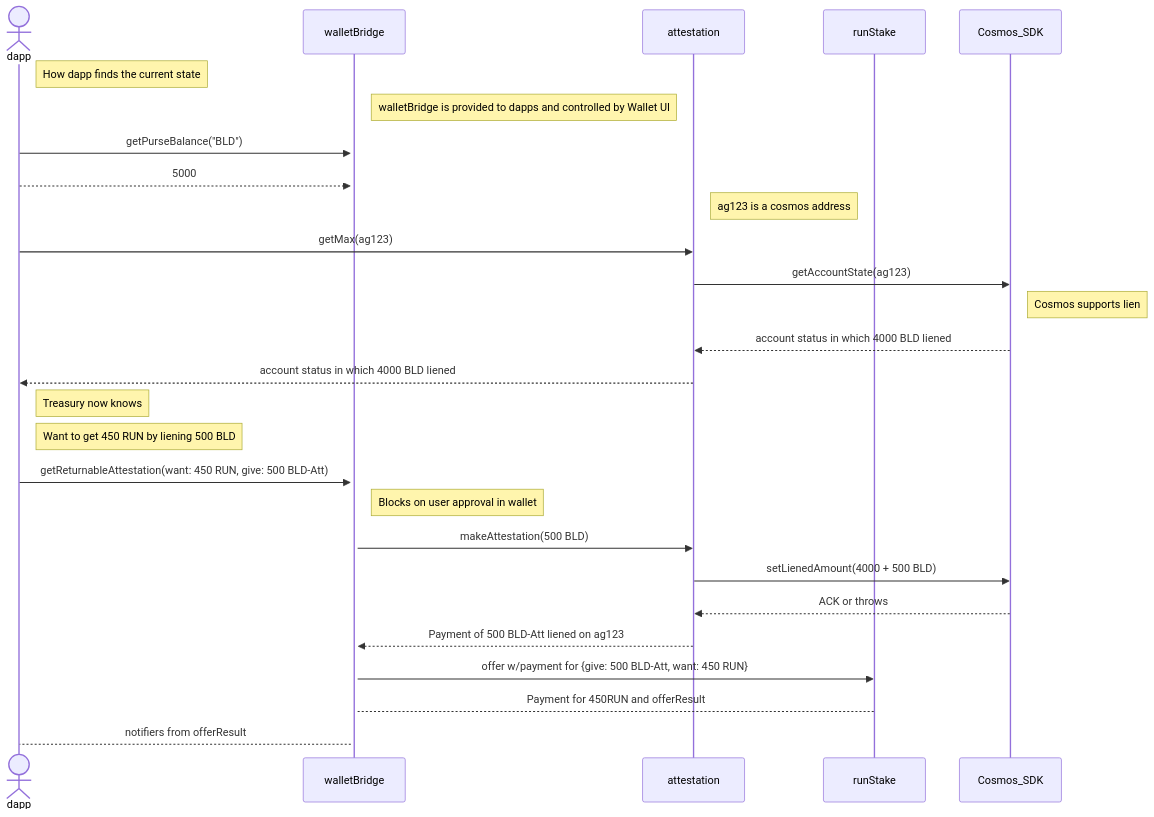
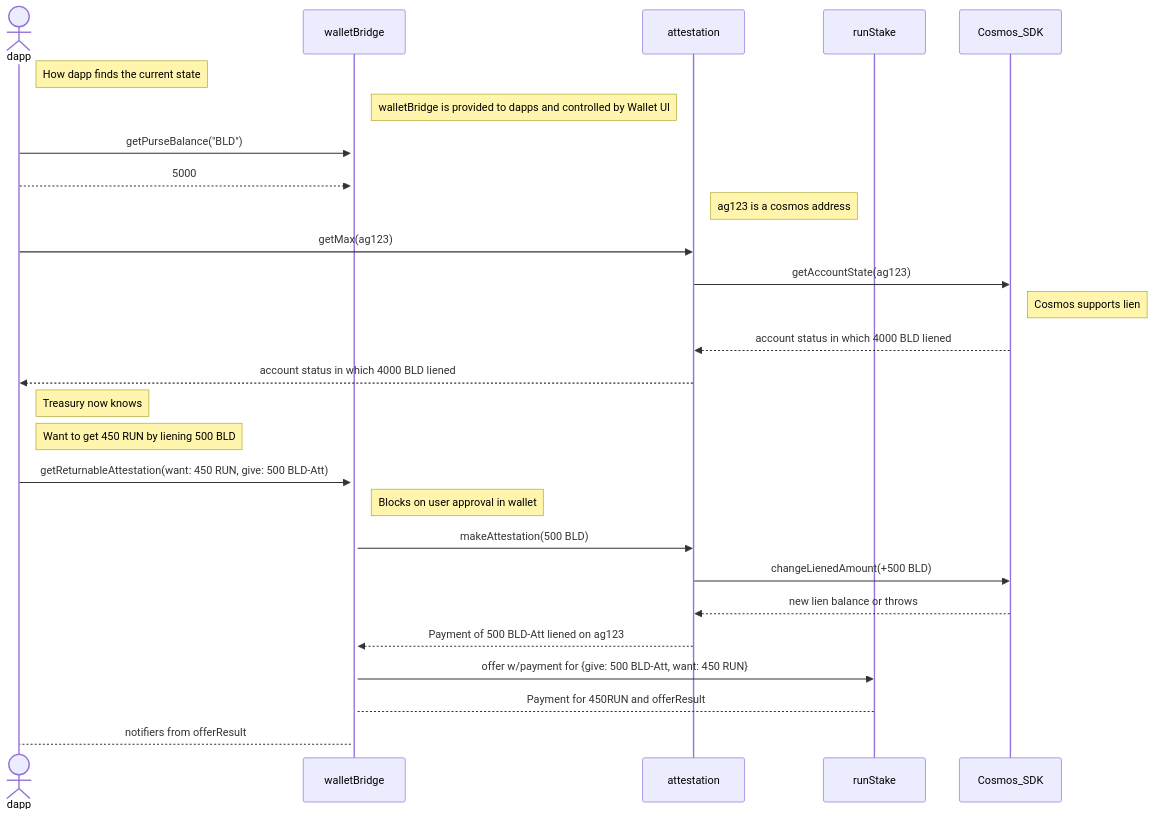
The diagram in packages/run-protocol/src/runStake/README.md (Agoric/agoric-sdk), drawn with Mermaid before and after one commit. The commit also changed 5 other files, not shown here.

````diff
--- a/packages/run-protocol/src/runStake/README.md
+++ b/packages/run-protocol/src/runStake/README.md
@@ -17,36 +17,36 @@
 ```mermaid
 sequenceDiagram
     actor dapp
     participant walletBridge
     participant attestation
     participant runStake
     participant Cosmos_SDK
 
     note right of dapp: How dapp finds the current state
 
     note right of walletBridge: walletBridge is provided to dapps and controlled by Wallet UI
     dapp ->>+ walletBridge: getPurseBalance("BLD")
     dapp -->> walletBridge: 5000
 
     note right of attestation: ag123 is a cosmos address
     dapp ->> attestation: getMax(ag123)
     attestation ->> Cosmos_SDK: getAccountState(ag123)
     note right of Cosmos_SDK: Cosmos supports lien
     Cosmos_SDK -->> attestation: account status in which 4000 BLD liened
     attestation  -->> dapp: account status in which 4000 BLD liened
     note right of dapp: Treasury now knows
 
     note right of dapp: Want to get 450 RUN by liening 500 BLD
     dapp ->> walletBridge: getReturnableAttestation(want: 450 RUN, give: 500 BLD-Att)
     note right of walletBridge: Blocks on user approval in wallet
     walletBridge ->> attestation: makeAttestation(500 BLD)
-    attestation ->> Cosmos_SDK: setLienedAmount(4000 + 500 BLD)
-    Cosmos_SDK -->> attestation: ACK or throws
+    attestation ->> Cosmos_SDK: changeLienedAmount(+500 BLD)
+    Cosmos_SDK -->> attestation: new lien balance or throws
 
     attestation -->> walletBridge: Payment of 500 BLD-Att liened on ag123
 
     walletBridge ->> runStake: offer w/payment for {give: 500 BLD-Att, want: 450 RUN} 
 
     runStake --> walletBridge: Payment for 450RUN and offerResult
     walletBridge --> dapp: notifiers from offerResult
 ```
````
